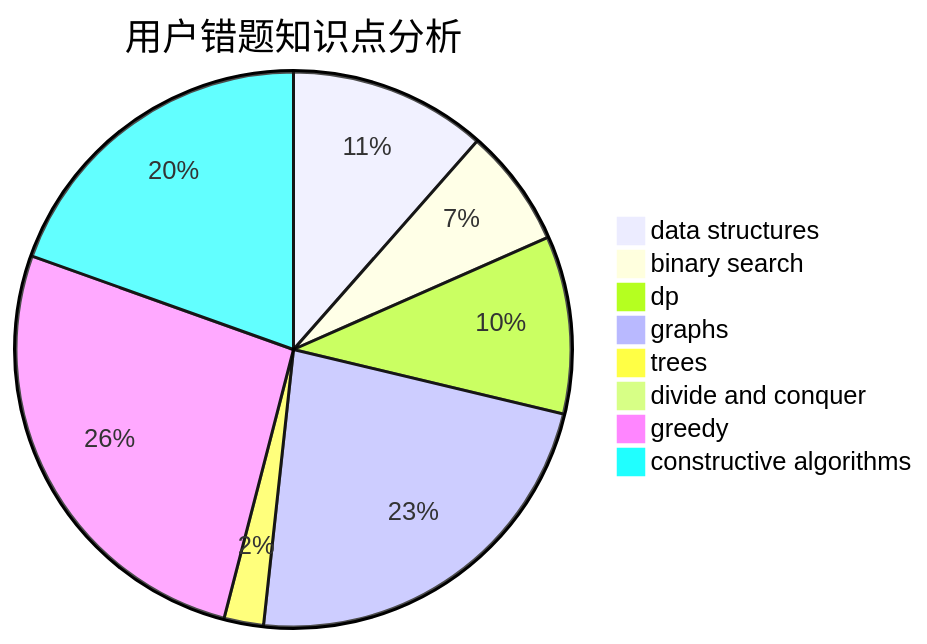
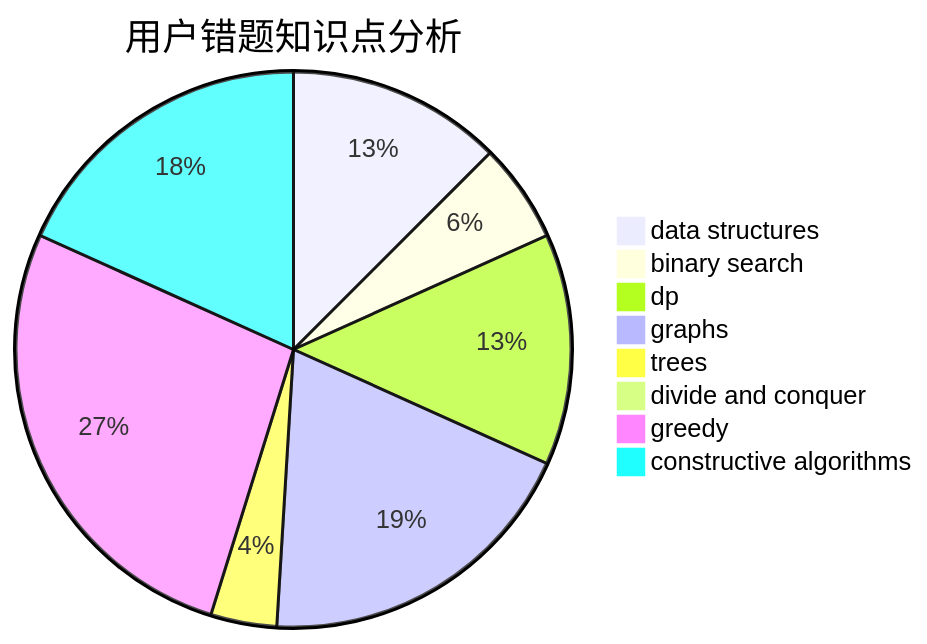
Before and after one commit to sherpahu/cfrs.github.io: the third of 3 diagrams in docs/user/u15.md, drawn with Mermaid. The commit also changed other lines of this file and 2770 other files, not shown here.

````diff
--- a/docs/user/u15.md
+++ b/docs/user/u15.md
@@ -36,11 +36,11 @@
 ```mermaid
 pie title 用户错题知识点分析
-    "data structures" :  10
+    "data structures" :  13
     "binary search" :  6
-    "dp" :  9
+    "dp" :  14
     "graphs" :  20
-    "trees" :  2
+    "trees" :  4
     "divide and conquer" :  0
-    "greedy" :  23
-    "constructive algorithms" :  17
+    "greedy" :  28
+    "constructive algorithms" :  19
 ```
````
